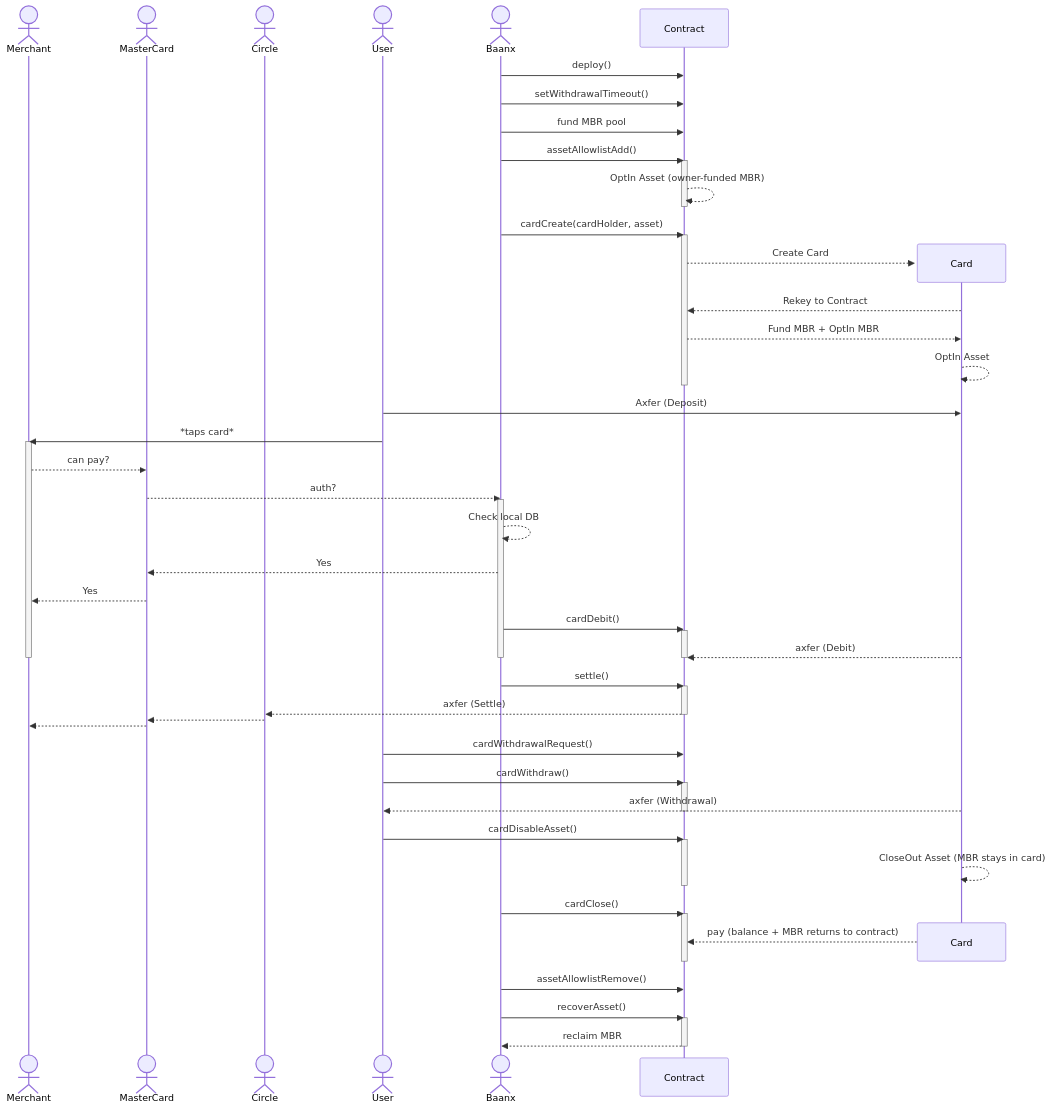
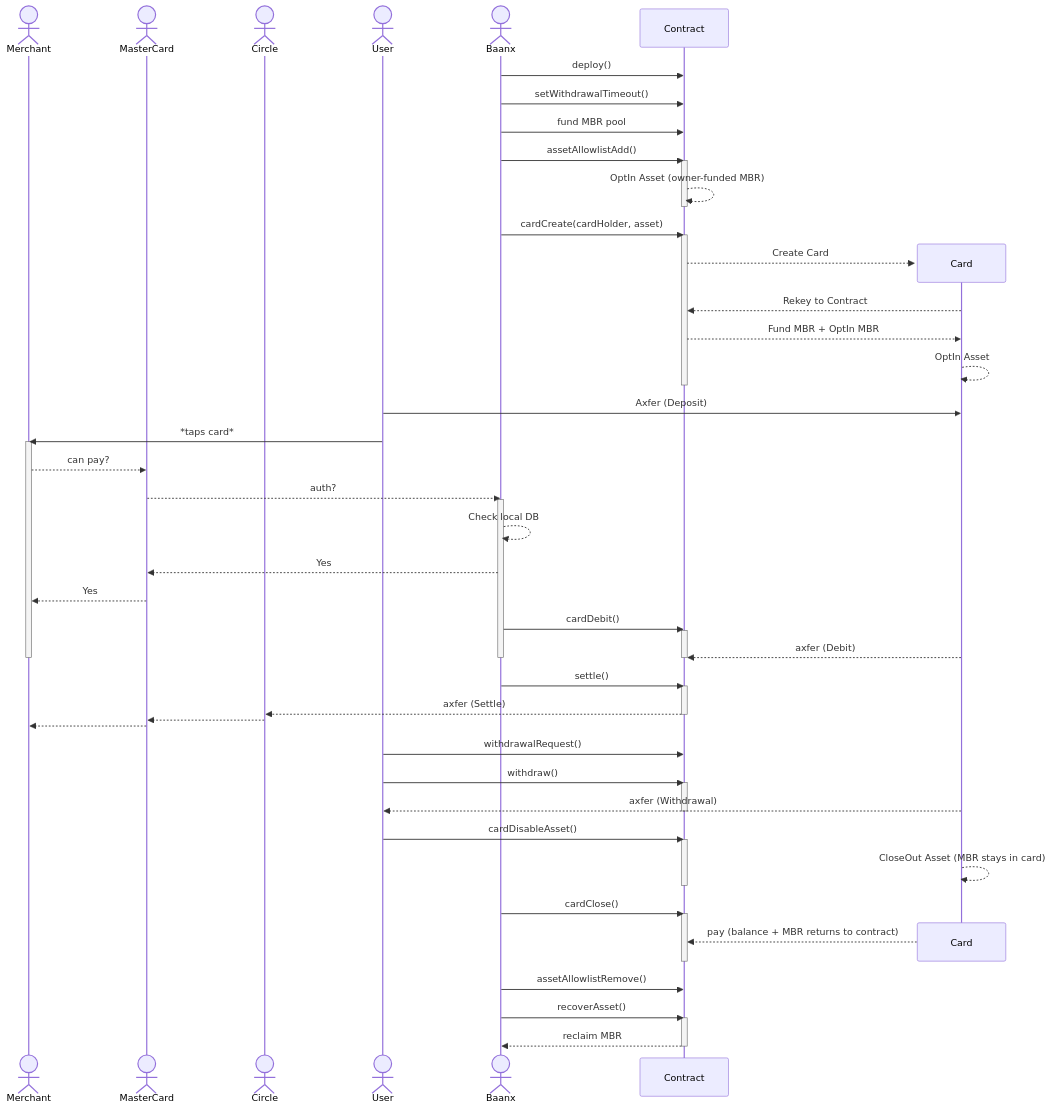
Before and after one commit to funk-af/baanx-contracts: the second of 2 diagrams in README.md, drawn with Mermaid. The commit also changed other lines of this file and 12 other files, not shown here.

````diff
--- a/README.md
+++ b/README.md
@@ -201,63 +201,63 @@
 ```mermaid
 sequenceDiagram
     actor Merchant
     actor MasterCard
     actor Circle
     actor User
     actor Baanx
     Baanx->>Contract: deploy()
     Baanx->>Contract: setWithdrawalTimeout()
     Baanx->>Contract: fund MBR pool
     Baanx->>Contract: assetAllowlistAdd()
     activate Contract
     Contract-->>Contract: OptIn Asset (owner-funded MBR)
     deactivate Contract
     Baanx->>Contract: cardCreate(cardHolder, asset)
     activate Contract
     create participant Card
     Contract-->>Card: Create Card
     Card-->>Contract: Rekey to Contract
     Contract-->>Card: Fund MBR + OptIn MBR
     Card-->>Card: OptIn Asset
     deactivate Contract
     User->>Card: Axfer (Deposit)
     User->>Merchant: *taps card*
     activate Merchant
     Merchant-->>MasterCard: can pay?
     MasterCard-->>Baanx: auth?
     activate Baanx
     Baanx-->>Baanx: Check local DB
     Baanx-->>MasterCard: Yes
     MasterCard-->>Merchant: Yes
     Baanx->>Contract: cardDebit()
     activate Contract
     Card-->>Contract: axfer (Debit)
     deactivate Baanx
     deactivate Merchant
     deactivate Contract
     Baanx->>Contract: settle()
     activate Contract
     Contract-->>Circle: axfer (Settle)
     deactivate Contract
     Circle-->>MasterCard:
     MasterCard-->>Merchant:
-    User->>Contract: cardWithdrawalRequest()
-    User->>Contract: cardWithdraw()
+    User->>Contract: withdrawalRequest()
+    User->>Contract: withdraw()
     activate Contract
     Card-->>User: axfer (Withdrawal)
     deactivate Contract
     User->>Contract: cardDisableAsset()
     activate Contract
     Card-->>Card: CloseOut Asset (MBR stays in card)
     deactivate Contract
     Baanx->>Contract: cardClose()
     activate Contract
     destroy Card
     Card-->>Contract: pay (balance + MBR returns to contract)
     deactivate Contract
     Baanx->>Contract: assetAllowlistRemove()
     Baanx->>Contract: recoverAsset()
     activate Contract
     Contract-->>Baanx: reclaim MBR
     deactivate Contract
 ```
````
